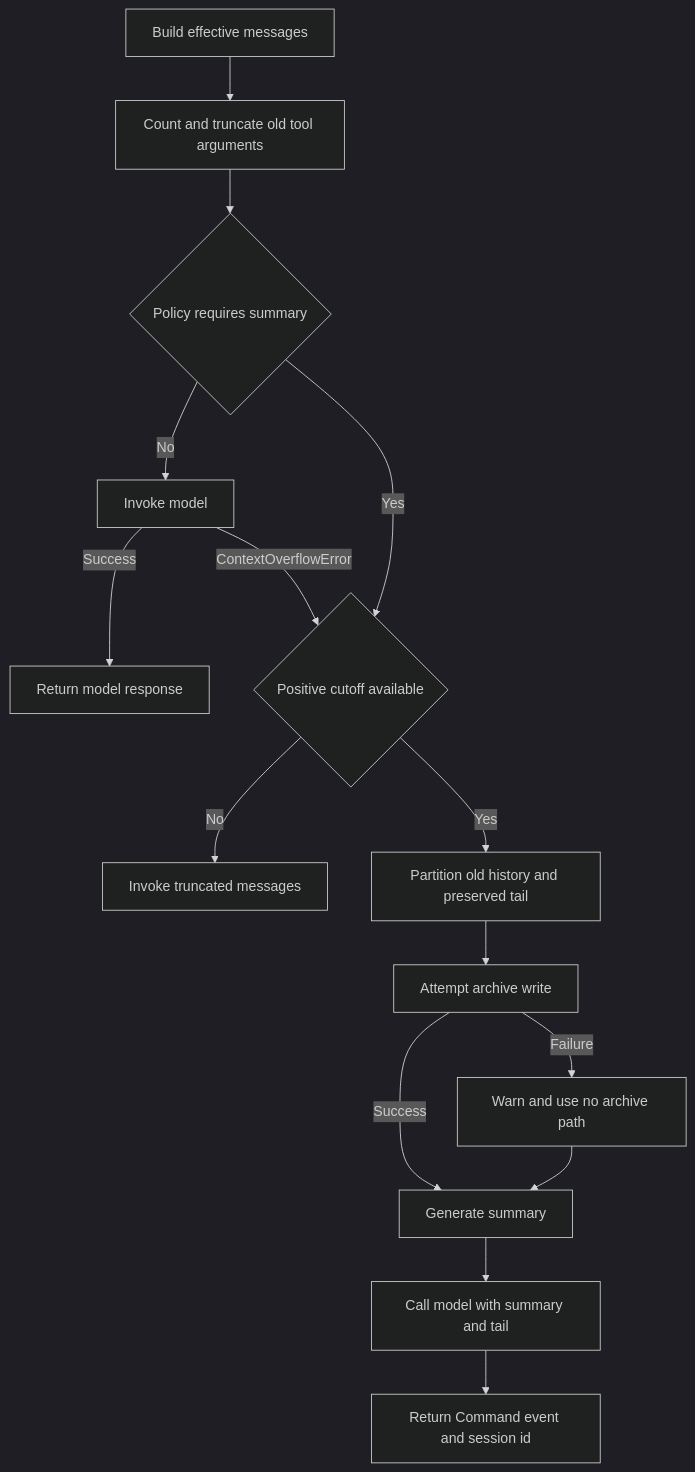
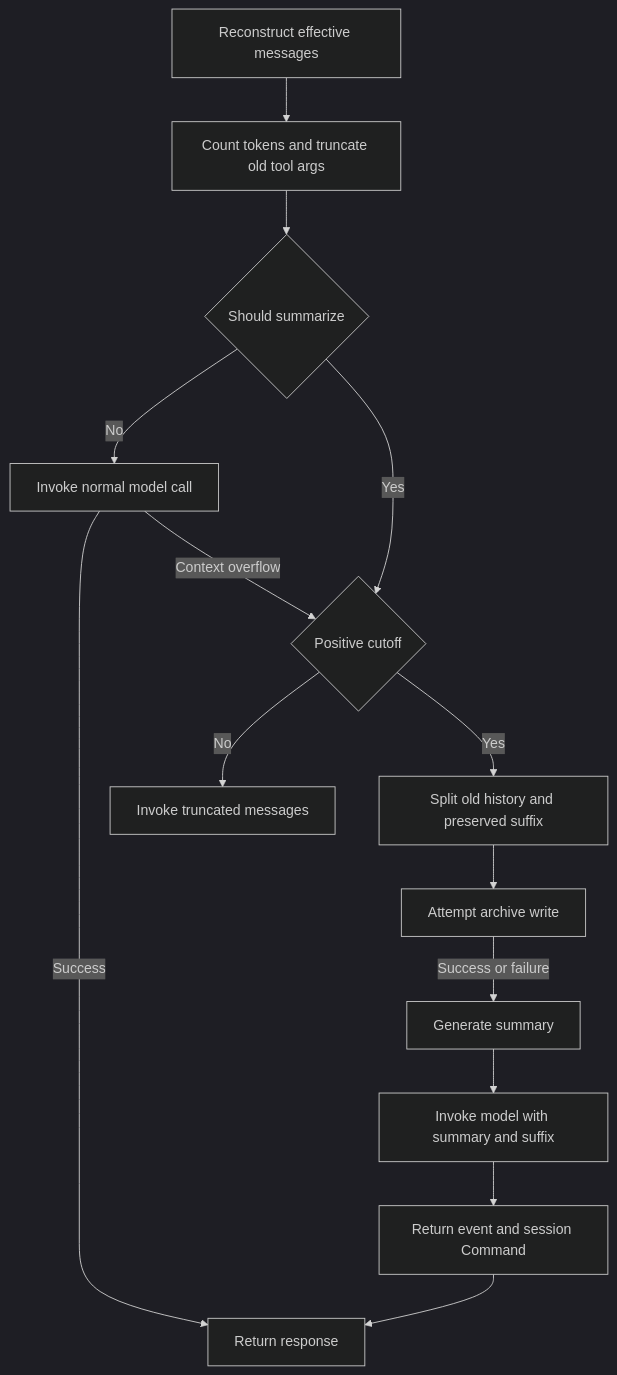
One commit to langchain-ai/deepagents changed the second of 3 diagrams in openwiki/concepts/context-management.md. Above: the diagram before and after it, drawn with Mermaid (dark theme). The commit also changed other lines of this file and 28 other files, not shown here.

````diff
--- a/openwiki/concepts/context-management.md
+++ b/openwiki/concepts/context-management.md
@@ -90,17 +67,16 @@
 ```mermaid
 flowchart TD
-    Start["Build effective messages"] --> Count["Count and truncate old tool arguments"]
-    Count --> Trigger{"Policy requires summary"}
-    Trigger -->|No| Invoke["Invoke model"]
-    Invoke -->|Success| Normal["Return model response"]
-    Invoke -->|ContextOverflowError| Cutoff
-    Trigger -->|Yes| Cutoff{"Positive cutoff available"}
+    Effective["Reconstruct effective messages"] --> Count["Count tokens and truncate old tool args"]
+    Count --> Trigger{"Should summarize"}
+    Trigger -->|No| Initial["Invoke normal model call"]
+    Initial -->|Success| Return["Return response"]
+    Initial -->|Context overflow| Cutoff
+    Trigger -->|Yes| Cutoff{"Positive cutoff"}
     Cutoff -->|No| Retry["Invoke truncated messages"]
-    Cutoff -->|Yes| Split["Partition old history and preserved tail"]
-    Split --> Archive["Attempt archive write"]
-    Archive -->|Failure| Warn["Warn and use no archive path"]
-    Archive -->|Success| Summary["Generate summary"]
-    Warn --> Summary
-    Summary --> Updated["Call model with summary and tail"]
-    Updated --> Event["Return Command event and session id"]
+    Cutoff -->|Yes| Partition["Split old history and preserved suffix"]
+    Partition --> Archive["Attempt archive write"]
+    Archive -->|Success or failure| Summary["Generate summary"]
+    Summary --> Request["Invoke model with summary and suffix"]
+    Request --> Event["Return event and session Command"]
+    Event --> Return
 ```
````
